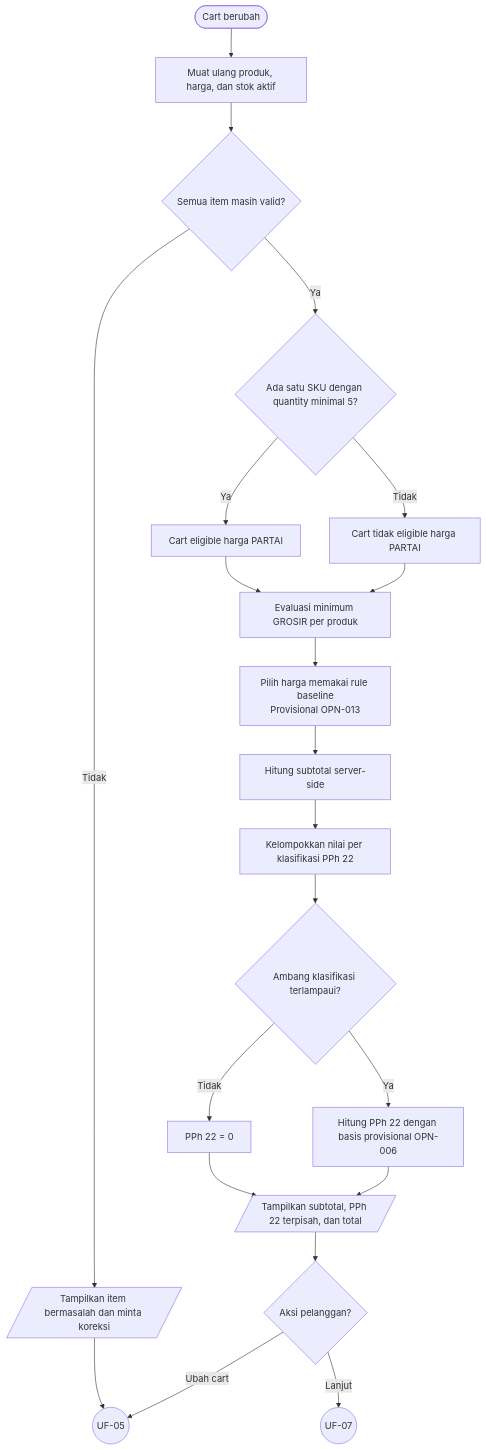
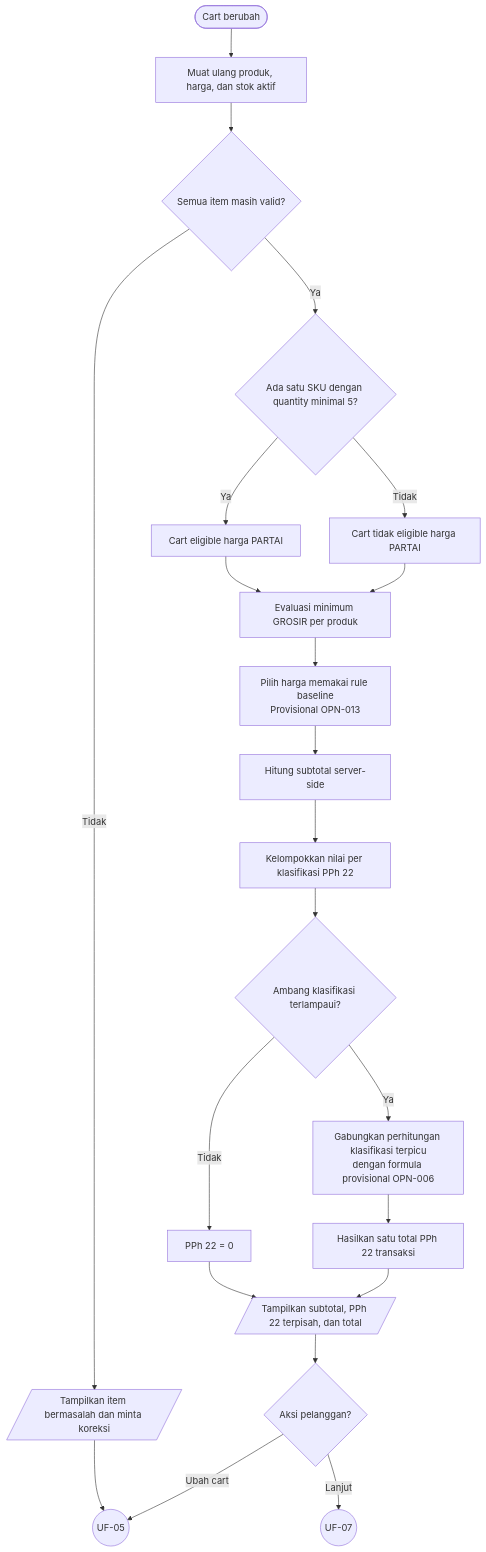
One commit to Webekspres/pixel-komunika changed the sixth of 19 diagrams in docs/design/USER_FLOWS.md. Above: the diagram before and after it, drawn with Mermaid. The commit also changed other lines of this file and 7 other files, not shown here.

Commit message:
docs: align web-owned sales and fulfillment flow

````diff
--- a/docs/design/USER_FLOWS.md
+++ b/docs/design/USER_FLOWS.md
@@ -203,26 +204,27 @@
 ```mermaid
 flowchart TD
     A(["Cart berubah"]) --> B["Muat ulang produk, harga, dan stok aktif"]
     B --> C{"Semua item masih valid?"}
     C -->|Tidak| D[/"Tampilkan item bermasalah dan minta koreksi"/]
     D --> C_UF05((UF-05))
     C -->|Ya| E{"Ada satu SKU dengan quantity minimal 5?"}
     E -->|Ya| F["Cart eligible harga PARTAI"]
     E -->|Tidak| G["Cart tidak eligible harga PARTAI"]
     F --> H["Evaluasi minimum GROSIR per produk"]
     G --> H
     H --> I["Pilih harga memakai rule baseline<br/>Provisional OPN-013"]
     I --> J["Hitung subtotal server-side"]
     J --> K["Kelompokkan nilai per klasifikasi PPh 22"]
     K --> L{"Ambang klasifikasi terlampaui?"}
     L -->|Tidak| M["PPh 22 = 0"]
-    L -->|Ya| N["Hitung PPh 22 dengan basis provisional OPN-006"]
+    L -->|Ya| N["Gabungkan perhitungan klasifikasi terpicu<br/>dengan formula provisional OPN-006"]
+    N --> N1["Hasilkan satu total PPh 22 transaksi"]
     M --> O[/"Tampilkan subtotal, PPh 22 terpisah, dan total"/]
-    N --> O
+    N1 --> O
     O --> P{"Aksi pelanggan?"}
     P -->|Ubah cart| C_UF05
     P -->|Lanjut| C_UF07((UF-07))
 
     click C_UF05 "#uf-05-detail-produk-dan-cart"
     click C_UF07 "#uf-07-alamat-dan-pengiriman"
 ```
````
